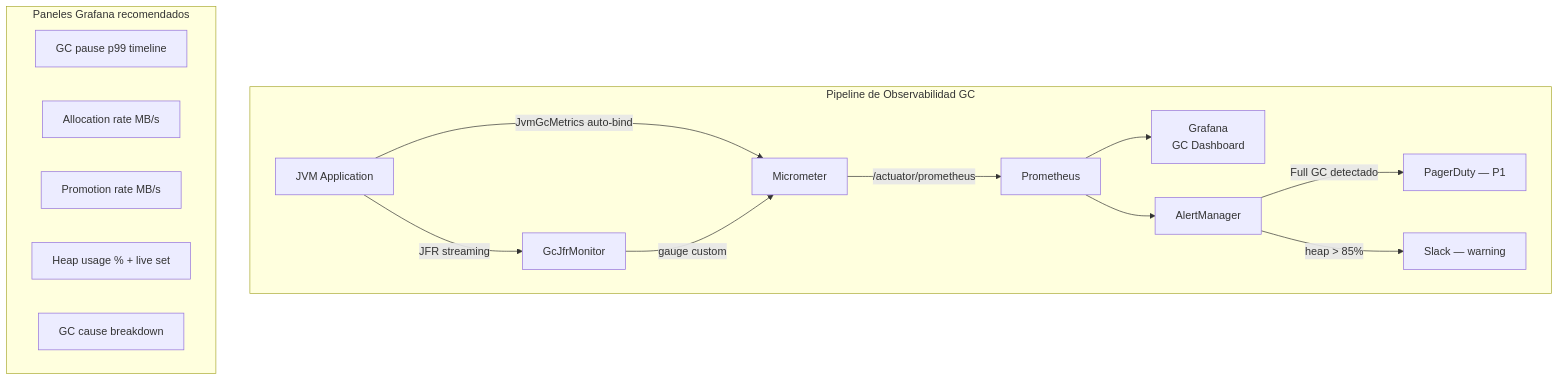
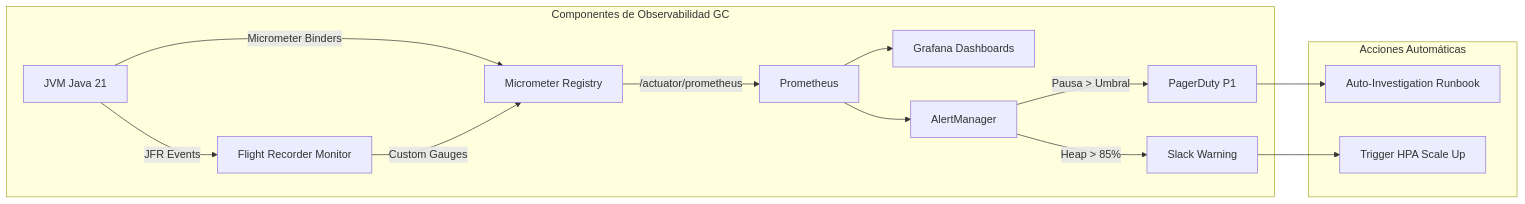
Before and after one commit to Joaquinriosheredia/DAM-Java-Mastery: the second of 4 diagrams in 01_Java_Core/garbage_collectors_en_la_jvm_g1_zgc_y_shenandoah_en_produccion_STAFF.md, drawn with Mermaid. The commit also changed other lines of this file, not shown here.

Commit message:
garbage_collectors_en_la_jvm_g1_zgc_y_shenandoah_en_produccion_STAFF.md

````diff
--- a/01_Java_Core/garbage_collectors_en_la_jvm_g1_zgc_y_shenandoah_en_produccion_STAFF.md
+++ b/01_Java_Core/garbage_collectors_en_la_jvm_g1_zgc_y_shenandoah_en_produccion_STAFF.md
@@ -525,21 +121,21 @@
 ```mermaid
-graph TD
-    subgraph "Pipeline de Observabilidad GC"
-        APP[JVM Application] -->|JvmGcMetrics auto-bind| MIC[Micrometer]
-        APP -->|JFR streaming| JFR[GcJfrMonitor]
-        JFR -->|gauge custom| MIC
-        MIC -->|/actuator/prometheus| PROM[Prometheus]
-        PROM --> GRAF[Grafana\nGC Dashboard]
+graph LR
+    subgraph "Componentes de Observabilidad GC"
+        JVM[JVM Java 21] -->|JFR Events| JFRMON[Flight Recorder Monitor]
+        JVM -->|Micrometer Binders| METRICS[Micrometer Registry]
+        
+        JFRMON -->|Custom Gauges| METRICS
+        METRICS -->|/actuator/prometheus| PROM[Prometheus]
+        
+        PROM --> GRAF[Grafana Dashboards]
         PROM --> ALERT[AlertManager]
-        ALERT -->|Full GC detectado| PAGE[PagerDuty — P1]
-        ALERT -->|heap > 85%| WARN[Slack — warning]
+        
+        ALERT -->|Pausa > Umbral| PAGE[PagerDuty P1]
+        ALERT -->|Heap > 85%| SLACK[Slack Warning]
     end
-
-    subgraph "Paneles Grafana recomendados"
-        P1[GC pause p99 timeline]
-        P2[Allocation rate MB/s]
-        P3[Promotion rate MB/s]
-        P4[Heap usage % + live set]
-        P5[GC cause breakdown]
+    
+    subgraph "Acciones Automáticas"
+        PAGE --> INVESTIGATE[Auto-Investigation Runbook]
+        SLACK --> SCALE[Trigger HPA Scale Up]
     end
 ```
````
